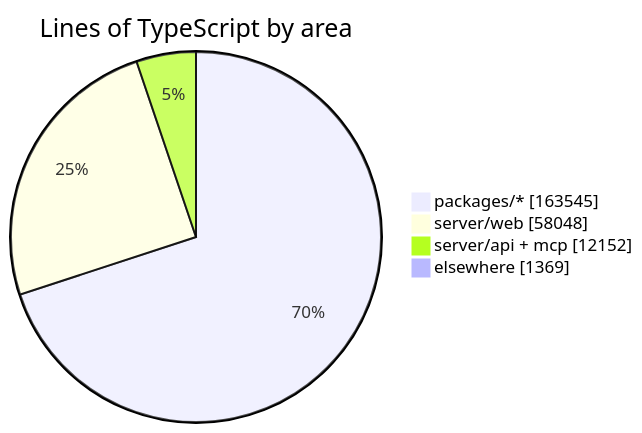
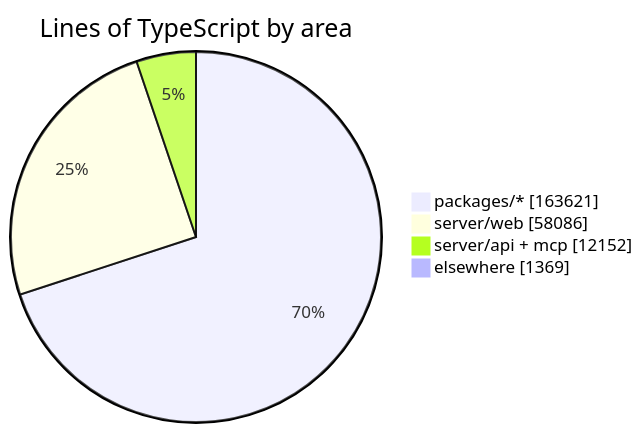
One commit to crossworks-engineering/mantle changed the diagram in README.md. Above: the diagram before and after it, drawn with Mermaid. The commit also changed other lines of this file and 2 other files, not shown here.

````diff
--- a/README.md
+++ b/README.md
@@ -279,7 +279,7 @@
 ```mermaid
 pie showData title Lines of TypeScript by area
-    "packages/*" : 163545
-    "server/web" : 58048
+    "packages/*" : 163621
+    "server/web" : 58086
     "server/api + mcp" : 12152
     "elsewhere" : 1369
 ```
````
